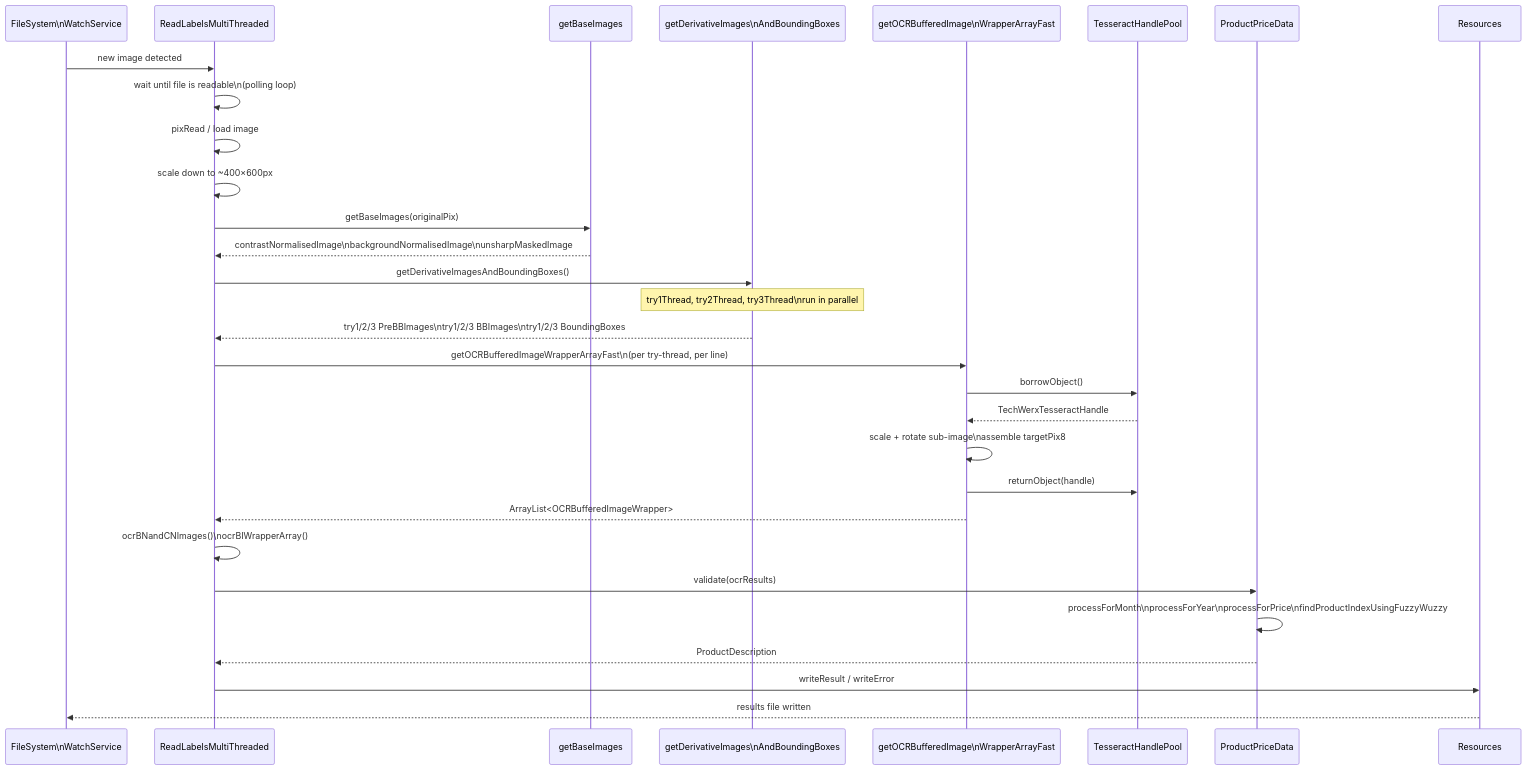
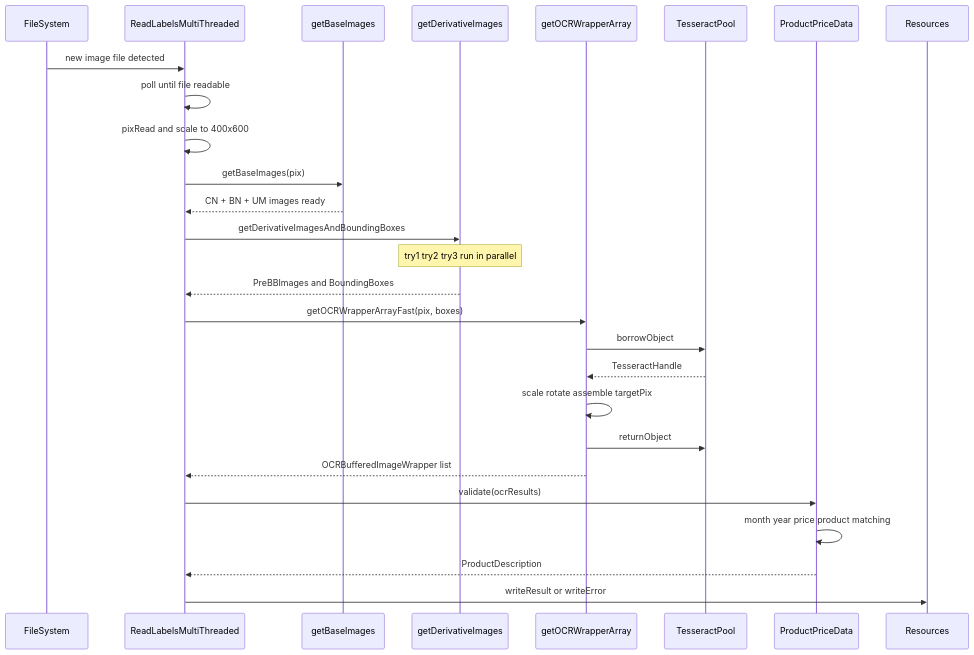
Before and after one commit to UBags/KitchenwarePackagingCompliance: the fourth of 13 diagrams in ReadMe.md, drawn with Mermaid. The commit also changed other lines of this file, not shown here.

````diff
--- a/ReadMe.md
+++ b/ReadMe.md
@@ -438,33 +146,30 @@
 ```mermaid
 sequenceDiagram
-    participant FS as FileSystem\nWatchService
+    participant FS as FileSystem
     participant RLM as ReadLabelsMultiThreaded
     participant GBI as getBaseImages
-    participant GDIB as getDerivativeImages\nAndBoundingBoxes
-    participant GOCR as getOCRBufferedImage\nWrapperArrayFast
-    participant TPOOL as TesseractHandlePool
+    participant GD as getDerivativeImages
+    participant GO as getOCRWrapperArray
+    participant TP as TesseractPool
     participant PPD as ProductPriceData
     participant RES as Resources
 
-    FS->>RLM: new image detected
-    RLM->>RLM: wait until file is readable\n(polling loop)
-    RLM->>RLM: pixRead / load image
-    RLM->>RLM: scale down to ~400×600px
-    RLM->>GBI: getBaseImages(originalPix)
-    GBI-->>RLM: contrastNormalisedImage\nbackgroundNormalisedImage\nunsharpMaskedImage
-    RLM->>GDIB: getDerivativeImagesAndBoundingBoxes()
-    Note over GDIB: try1Thread, try2Thread, try3Thread\nrun in parallel
-    GDIB-->>RLM: try1/2/3 PreBBImages\ntry1/2/3 BBImages\ntry1/2/3 BoundingBoxes
-    RLM->>GOCR: getOCRBufferedImageWrapperArrayFast\n(per try-thread, per line)
-    GOCR->>TPOOL: borrowObject()
-    TPOOL-->>GOCR: TechWerxTesseractHandle
-    GOCR->>GOCR: scale + rotate sub-image\nassemble targetPix8
-    GOCR->>TPOOL: returnObject(handle)
-    GOCR-->>RLM: ArrayList<OCRBufferedImageWrapper>
-    RLM->>RLM: ocrBNandCNImages()\nocrBIWrapperArray()
+    FS->>RLM: new image file detected
+    RLM->>RLM: poll until file readable
+    RLM->>RLM: pixRead and scale to 400x600
+    RLM->>GBI: getBaseImages(pix)
+    GBI-->>RLM: CN + BN + UM images ready
+    RLM->>GD: getDerivativeImagesAndBoundingBoxes
+    note over GD: try1 try2 try3 run in parallel
+    GD-->>RLM: PreBBImages and BoundingBoxes
+    RLM->>GO: getOCRWrapperArrayFast(pix, boxes)
+    GO->>TP: borrowObject
+    TP-->>GO: TesseractHandle
+    GO->>GO: scale rotate assemble targetPix
+    GO->>TP: returnObject
+    GO-->>RLM: OCRBufferedImageWrapper list
     RLM->>PPD: validate(ocrResults)
-    PPD->>PPD: processForMonth\nprocessForYear\nprocessForPrice\nfindProductIndexUsingFuzzyWuzzy
+    PPD->>PPD: month year price product matching
     PPD-->>RLM: ProductDescription
-    RLM->>RES: writeResult / writeError
-    RES-->>FS: results file written
+    RLM->>RES: writeResult or writeError
 ```
````
